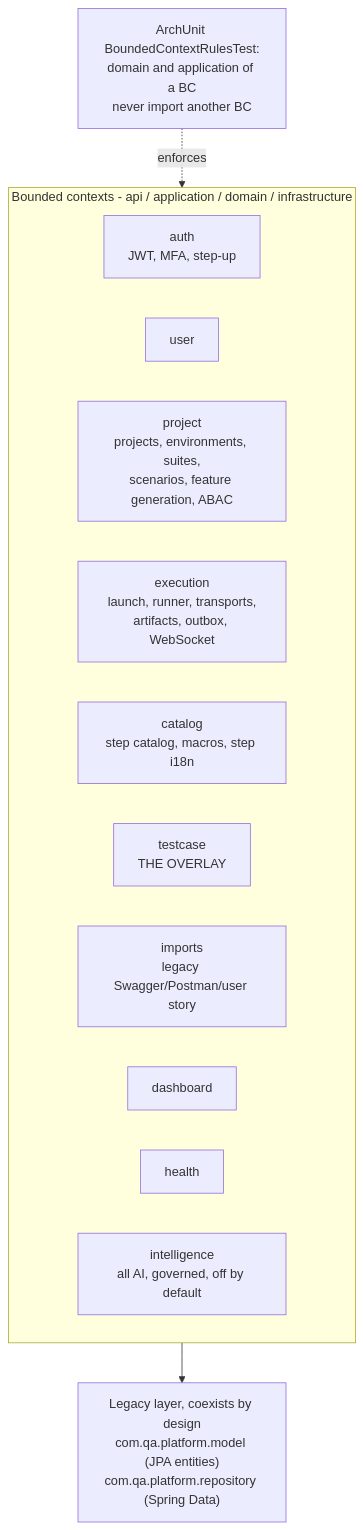
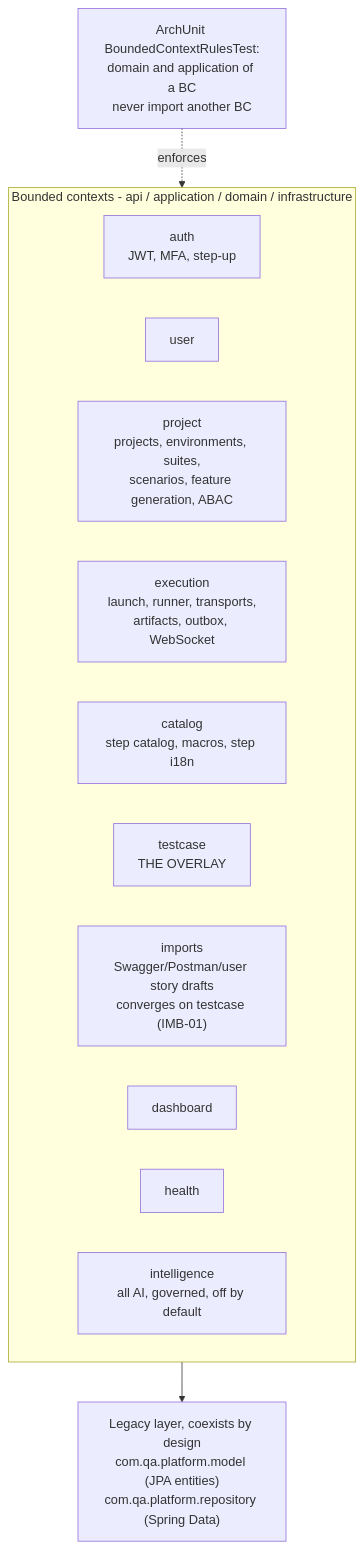
The diagram in docs/diagrams/architectureBE/01-bounded-contexts.md (avenero/ASpectra), drawn with Mermaid before and after one commit. The commit also changed other lines of this file and 22 other files, not shown here.

First line of the commit message:
docs: refresh architecture diagrams and map them to the decided scope

````diff
--- a/docs/diagrams/architectureBE/01-bounded-contexts.md
+++ b/docs/diagrams/architectureBE/01-bounded-contexts.md
@@ -3,18 +5,18 @@
 ```mermaid
 flowchart TB
     subgraph BCs["Bounded contexts - api / application / domain / infrastructure"]
         AUTH["auth<br/>JWT, MFA, step-up"]
         USER["user"]
         PROJ["project<br/>projects, environments, suites,<br/>scenarios, feature generation, ABAC"]
         EXEC["execution<br/>launch, runner, transports,<br/>artifacts, outbox, WebSocket"]
         CAT["catalog<br/>step catalog, macros, step i18n"]
         TC["testcase<br/>THE OVERLAY"]
-        IMP["imports<br/>legacy Swagger/Postman/user story"]
+        IMP["imports<br/>Swagger/Postman/user story drafts<br/>converges on testcase (IMB-01)"]
         DASH["dashboard"]
         HEALTH["health"]
         INT["intelligence<br/>all AI, governed, off by default"]
     end
     LEGACY["Legacy layer, coexists by design<br/>com.qa.platform.model (JPA entities)<br/>com.qa.platform.repository (Spring Data)"]
     BCs --> LEGACY
     ARCH["ArchUnit BoundedContextRulesTest:<br/>domain and application of a BC<br/>never import another BC"] -.->|"enforces"| BCs
 ```
````
